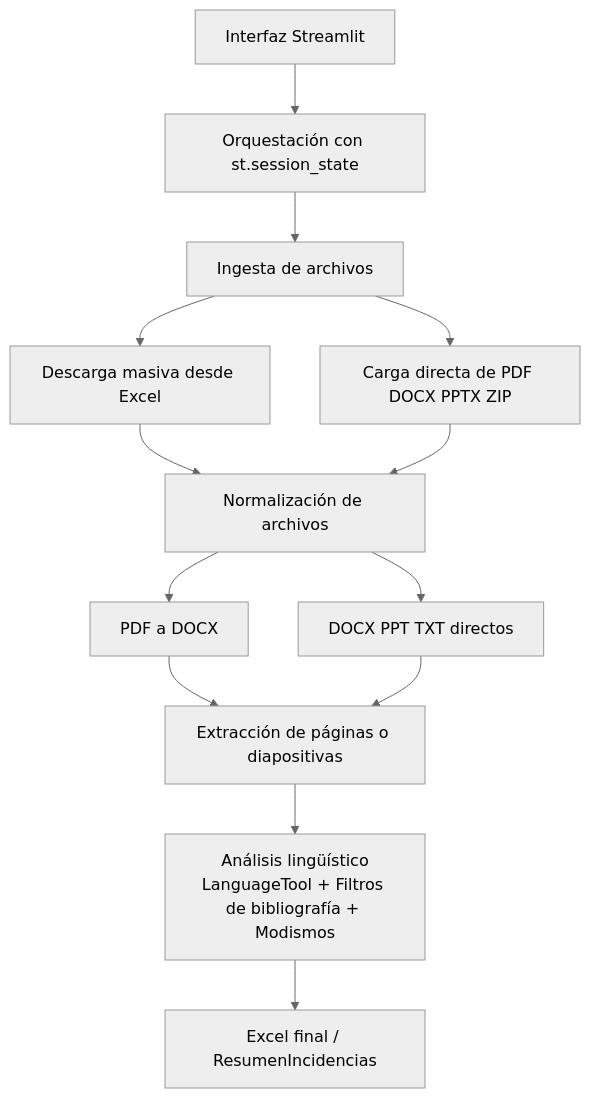
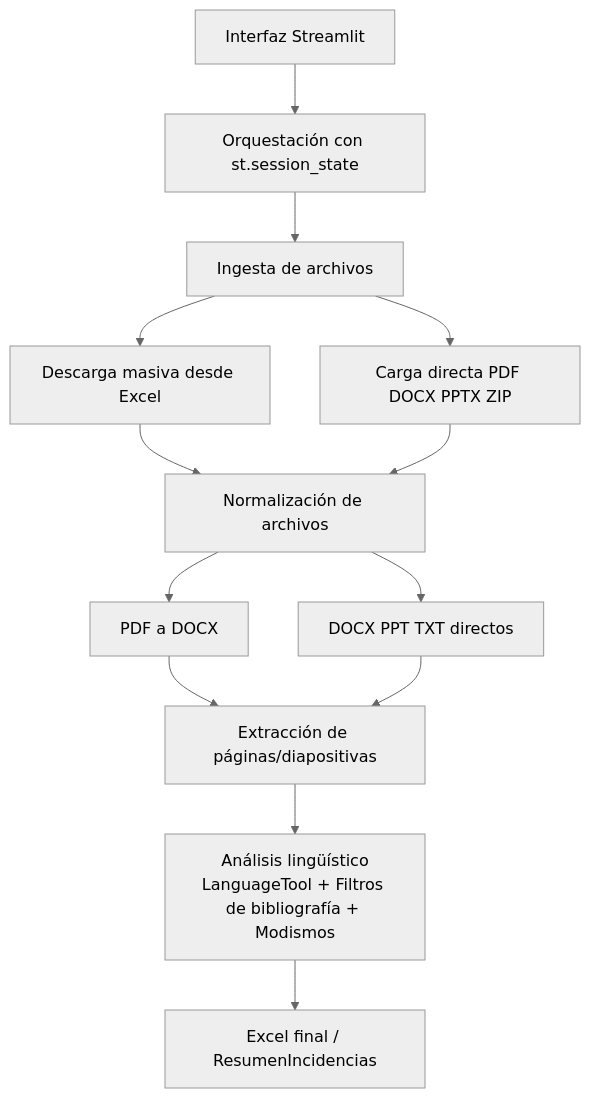
Before and after one commit to joseluisantunezcondezo/UTP_GrammarScan: the diagram in README.md, drawn with Mermaid (neutral theme).

Commit message:
README.md

````diff
--- a/README.md
+++ b/README.md
@@ -140,16 +140,16 @@
 ```mermaid
 flowchart TD
     A[Interfaz Streamlit] --> B[Orquestación con st.session_state]
     B --> C[Ingesta de archivos]
     C --> D1[Descarga masiva desde Excel]
-    C --> D2[Carga directa de PDF DOCX PPTX ZIP]
+    C --> D2[Carga directa PDF DOCX PPTX ZIP]
     D1 --> E[Normalización de archivos]
     D2 --> E
     E --> F1[PDF a DOCX]
     E --> F2[DOCX PPT TXT  directos]
-    F1 --> G[Extracción de páginas o diapositivas]
+    F1 --> G[Extracción de páginas/diapositivas]
     F2 --> G
     G --> H[Análisis lingüístico
 LanguageTool + Filtros de bibliografía + Modismos]
     H --> J[Excel final / ResumenIncidencias]
 ```
````
